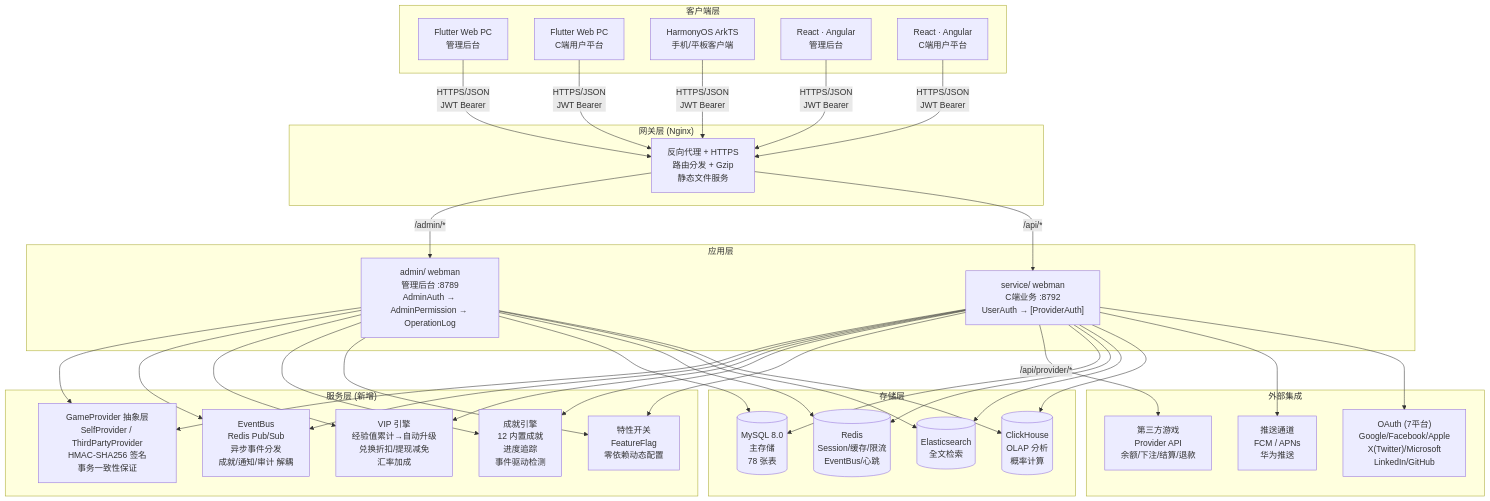
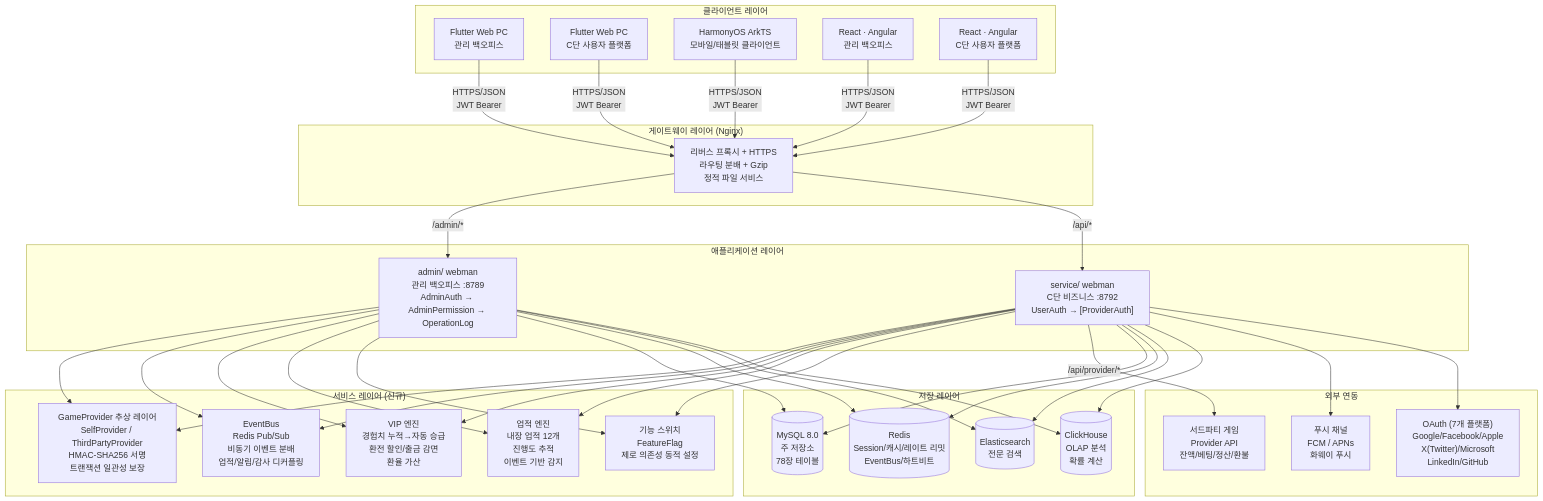
Before and after one commit to erikwang2013/game-platform-php: the first of 2 diagrams in docs/ARCHITECTURE.ko.md, drawn with Mermaid. The commit also changed other lines of this file and 211 other files, not shown here.

First line of the commit message:
fix: 支付配置读回类型根治、提现事件对账巡检，12 语族 mermaid 与 API 标签本地化

````diff
--- a/docs/ARCHITECTURE.ko.md
+++ b/docs/ARCHITECTURE.ko.md
@@ -11,48 +11,48 @@
 ```mermaid
 flowchart TB
-    subgraph "客户端层"
-        A1["Flutter Web PC<br/>管理后台"]
-        A2["Flutter Web PC<br/>C端用户平台"]
-        A3["HarmonyOS ArkTS<br/>手机/平板客户端"]
-        A4["React · Angular<br/>管理后台"]
-        A5["React · Angular<br/>C端用户平台"]
+    subgraph "클라이언트 레이어"
+        A1["Flutter Web PC<br/>관리 백오피스"]
+        A2["Flutter Web PC<br/>C단 사용자 플랫폼"]
+        A3["HarmonyOS ArkTS<br/>모바일/태블릿 클라이언트"]
+        A4["React · Angular<br/>관리 백오피스"]
+        A5["React · Angular<br/>C단 사용자 플랫폼"]
     end
 
-    subgraph "网关层 (Nginx)"
-        B1["反向代理 + HTTPS<br/>路由分发 + Gzip<br/>静态文件服务"]
+    subgraph "게이트웨이 레이어 (Nginx)"
+        B1["리버스 프록시 + HTTPS<br/>라우팅 분배 + Gzip<br/>정적 파일 서비스"]
     end
 
-    subgraph "应用层"
-        C1["admin/ webman<br/>管理后台 :8789<br/>AdminAuth → AdminPermission → OperationLog"]
-        C2["service/ webman<br/>C端业务 :8792<br/>UserAuth → [ProviderAuth]"]
+    subgraph "애플리케이션 레이어"
+        C1["admin/ webman<br/>관리 백오피스 :8789<br/>AdminAuth → AdminPermission → OperationLog"]
+        C2["service/ webman<br/>C단 비즈니스 :8792<br/>UserAuth → [ProviderAuth]"]
     end
 
-    subgraph "服务层 (新增)"
-        D0["GameProvider 抽象层<br/>SelfProvider / ThirdPartyProvider<br/>HMAC-SHA256 签名<br/>事务一致性保证"]
-        D1["EventBus<br/>Redis Pub/Sub<br/>异步事件分发<br/>成就/通知/审计 解耦"]
-        D2["VIP 引擎<br/>经验值累计→自动升级<br/>兑换折扣/提现减免<br/>汇率加成"]
-        D3["成就引擎<br/>12 内置成就<br/>进度追踪<br/>事件驱动检测"]
-        D4["特性开关<br/>FeatureFlag<br/>零依赖动态配置"]
+    subgraph "서비스 레이어 (신규)"
+        D0["GameProvider 추상 레이어<br/>SelfProvider / ThirdPartyProvider<br/>HMAC-SHA256 서명<br/>트랜잭션 일관성 보장"]
+        D1["EventBus<br/>Redis Pub/Sub<br/>비동기 이벤트 분배<br/>업적/알림/감사 디커플링"]
+        D2["VIP 엔진<br/>경험치 누적→자동 승급<br/>환전 할인/출금 감면<br/>환율 가산"]
+        D3["업적 엔진<br/>내장 업적 12개<br/>진행도 추적<br/>이벤트 기반 감지"]
+        D4["기능 스위치<br/>FeatureFlag<br/>제로 의존성 동적 설정"]
     end
 
-    subgraph "存储层"
-        E1[("MySQL 8.0<br/>主存储<br/>78 张表")]
-        E2[("Redis<br/>Session/缓存/限流<br/>EventBus/心跳")]
-        E3[("Elasticsearch<br/>全文检索")]
-        E4[("ClickHouse<br/>OLAP 分析<br/>概率计算")]
+    subgraph "저장 레이어"
+        E1[("MySQL 8.0<br/>주 저장소<br/>78장 테이블")]
+        E2[("Redis<br/>Session/캐시/레이트 리밋<br/>EventBus/하트비트")]
+        E3[("Elasticsearch<br/>전문 검색")]
+        E4[("ClickHouse<br/>OLAP 분석<br/>확률 계산")]
     end
 
-    subgraph "外部集成"
-        F1["第三方游戏<br/>Provider API<br/>余额/下注/结算/退款"]
-        F2["推送通道<br/>FCM / APNs<br/>华为推送"]
-        F3["OAuth (7平台)<br/>Google/Facebook/Apple<br/>X(Twitter)/Microsoft<br/>LinkedIn/GitHub"]
+    subgraph "외부 연동"
+        F1["서드파티 게임<br/>Provider API<br/>잔액/베팅/정산/환불"]
+        F2["푸시 채널<br/>FCM / APNs<br/>화웨이 푸시"]
+        F3["OAuth (7개 플랫폼)<br/>Google/Facebook/Apple<br/>X(Twitter)/Microsoft<br/>LinkedIn/GitHub"]
     end
 
     A1 & A2 & A3 & A4 & A5 -->|"HTTPS/JSON<br/>JWT Bearer"| B1
     B1 -->|"/admin/*"| C1
     B1 -->|"/api/*"| C2
     C1 & C2 --> D0 & D1 & D2 & D3 & D4
     C2 -->|"/api/provider/*"| F1
     C1 & C2 --> E1 & E2 & E3 & E4
     C2 --> F2 & F3
 ```
````
